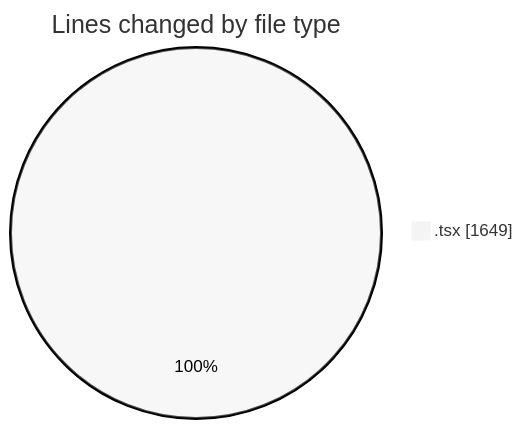
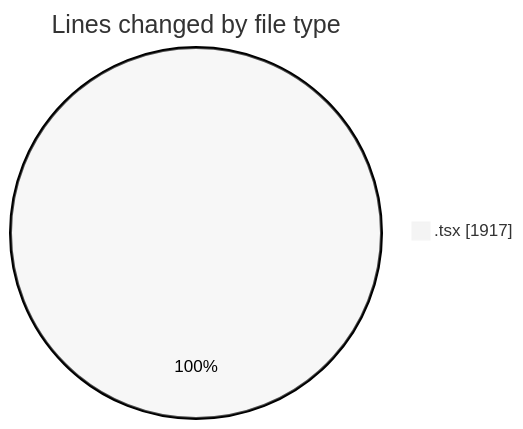
The first of 2 diagrams in 2026-06-16/nxtqube_webapp/README.md (nxtqubesakshisongat/code-tracking), drawn with Mermaid (neutral theme) before and after one commit. The commit also changed other lines of this file and 1 other file, not shown here.

````diff
--- a/2026-06-16/nxtqube_webapp/README.md
+++ b/2026-06-16/nxtqube_webapp/README.md
@@ -23,5 +24,5 @@
 ```mermaid
 pie showData
 title Lines changed by file type
-".tsx" : 1649
+".tsx" : 1917
 ```
````
